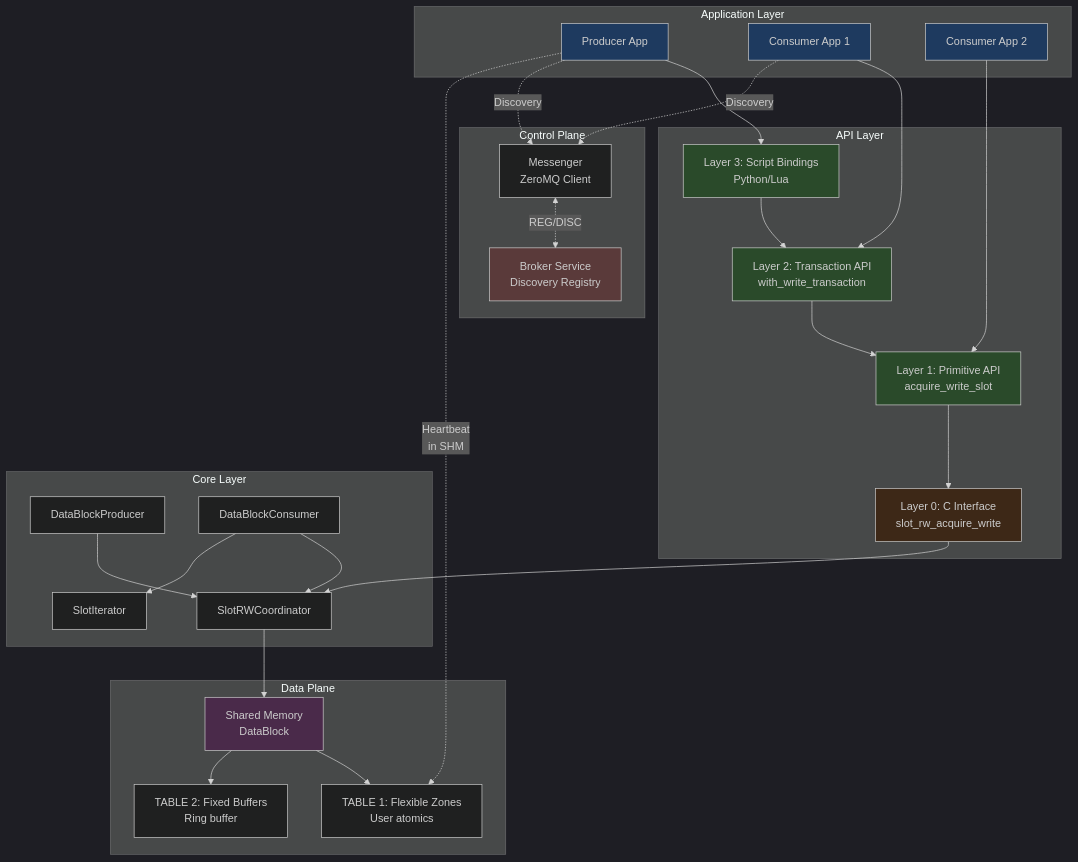
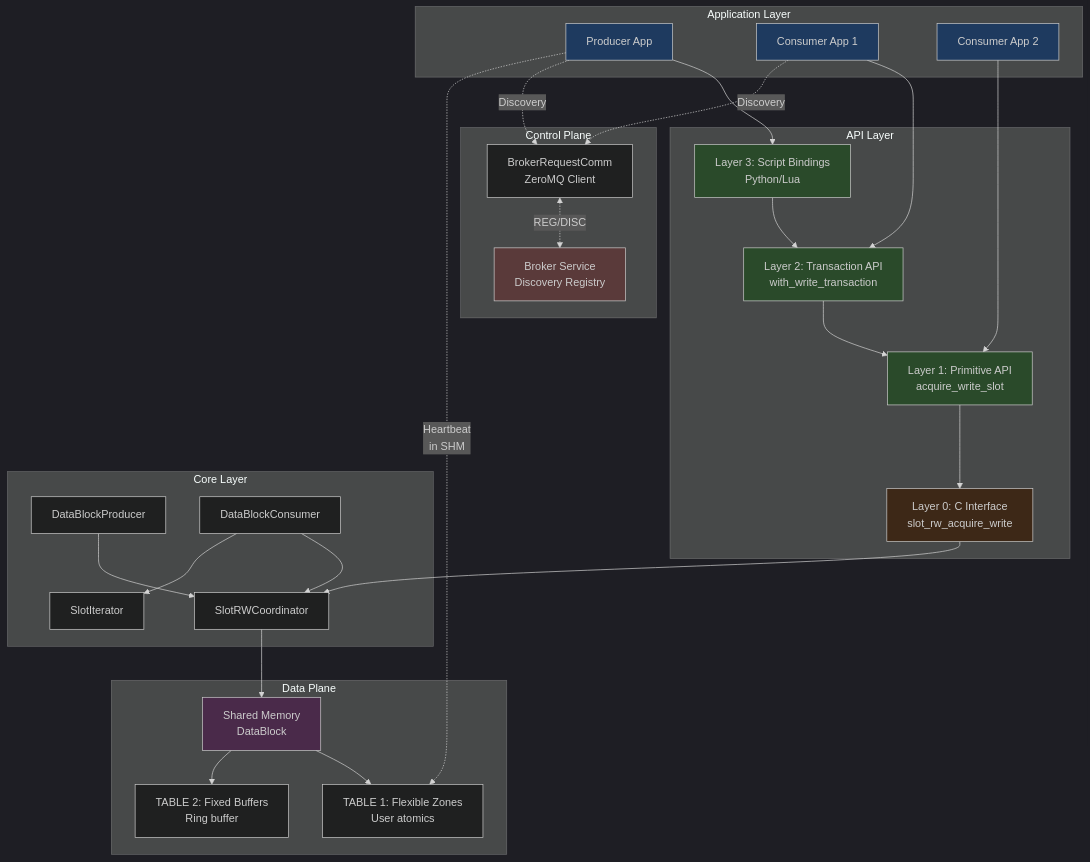
The first of 10 diagrams in docs/HEP/HEP-CORE-0002-DataHub-FINAL.md (Qing-LAB/pylabhub), drawn with Mermaid before and after one commit. The commit also changed other lines of this file and 101 other files, not shown here.

````diff
--- a/docs/HEP/HEP-CORE-0002-DataHub-FINAL.md
+++ b/docs/HEP/HEP-CORE-0002-DataHub-FINAL.md
@@ -167,66 +167,66 @@
 ```mermaid
 %%{init: {'theme': 'dark'}}%%
 graph TB
     subgraph "Application Layer"
         APP1[Producer App]
         APP2[Consumer App 1]
         APP3[Consumer App 2]
     end
 
     subgraph "API Layer"
         L3[Layer 3: Script Bindings<br/>Python/Lua]
         L2[Layer 2: Transaction API<br/>with_write_transaction]
         L1[Layer 1: Primitive API<br/>acquire_write_slot]
         L0[Layer 0: C Interface<br/>slot_rw_acquire_write]
     end
 
     subgraph "Core Layer"
         PROD[DataBlockProducer]
         CONS[DataBlockConsumer]
         COORD[SlotRWCoordinator]
         ITER[SlotIterator]
     end
 
     subgraph "Data Plane"
         SHM[Shared Memory<br/>DataBlock]
         FLEX[TABLE 1: Flexible Zones<br/>User atomics]
         FIXED[TABLE 2: Fixed Buffers<br/>Ring buffer]
     end
 
     subgraph "Control Plane"
         BROKER[Broker Service<br/>Discovery Registry]
-        MH[Messenger<br/>ZeroMQ Client]
+        MH[BrokerRequestComm<br/>ZeroMQ Client]
     end
 
     APP1 --> L3
     APP2 --> L2
     APP3 --> L1
     L3 --> L2
     L2 --> L1
     L1 --> L0
     L0 --> COORD
 
     PROD --> COORD
     CONS --> COORD
     CONS --> ITER
 
     COORD --> SHM
     SHM --> FLEX
     SHM --> FIXED
 
     APP1 -.Discovery.-> MH
     APP2 -.Discovery.-> MH
     MH <-.REG/DISC.-> BROKER
 
     APP1 -.Heartbeat<br/>in SHM.-> FLEX
 
     style APP1 fill:#1e3a5f
     style APP2 fill:#1e3a5f
     style APP3 fill:#1e3a5f
     style L3 fill:#2a4a2a
     style L2 fill:#2a4a2a
     style L1 fill:#2a4a2a
     style L0 fill:#3d2817
     style SHM fill:#4a2a4a
     style BROKER fill:#5a3a3a
 ```
````
